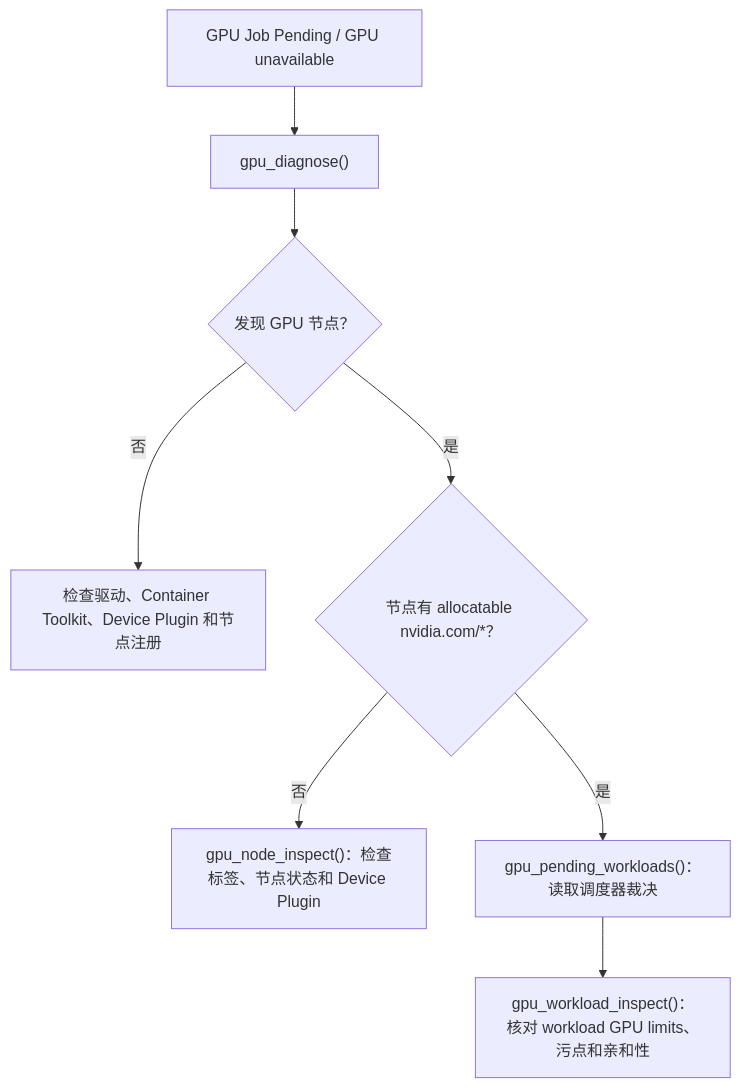
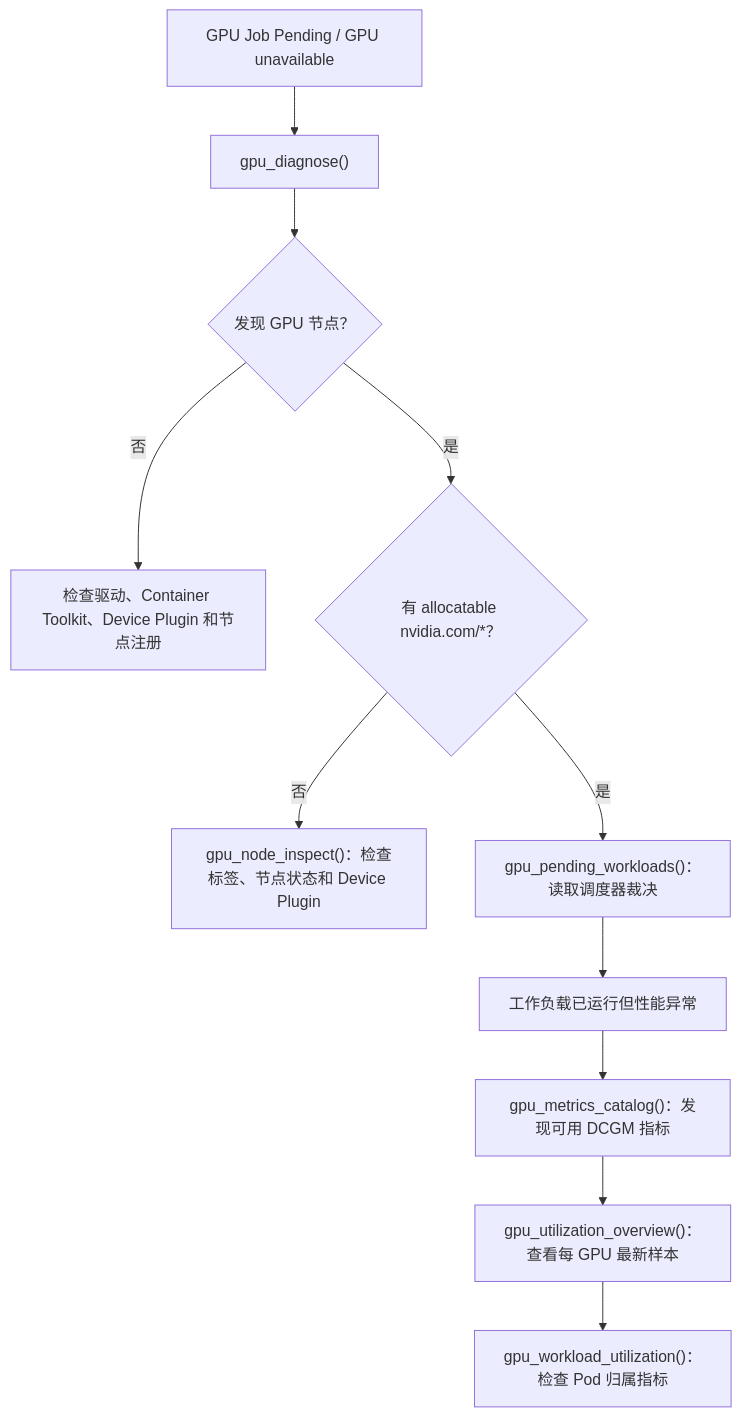
The diagram in docs/gpu.md (bilbilmyc/k8s-mcp), drawn with Mermaid before and after one commit. The commit also changed other lines of this file and 14 other files, not shown here.

Commit message:
feat: add NVIDIA GPU Prometheus metrics

````diff
--- a/docs/gpu.md
+++ b/docs/gpu.md
@@ -88,10 +98,13 @@
 ```mermaid
 flowchart TD
     A["GPU Job Pending / GPU unavailable"] --> B["gpu_diagnose()"]
     B --> C{"发现 GPU 节点？"}
     C -- 否 --> D["检查驱动、Container Toolkit、Device Plugin 和节点注册"]
-    C -- 是 --> E{"节点有 allocatable nvidia.com/*？"}
+    C -- 是 --> E{"有 allocatable nvidia.com/*？"}
     E -- 否 --> F["gpu_node_inspect()：检查标签、节点状态和 Device Plugin"]
     E -- 是 --> G["gpu_pending_workloads()：读取调度器裁决"]
-    G --> H["gpu_workload_inspect()：核对 workload GPU limits、污点和亲和性"]
+    G --> H["工作负载已运行但性能异常"]
+    H --> I["gpu_metrics_catalog()：发现可用 DCGM 指标"]
+    I --> J["gpu_utilization_overview()：查看每 GPU 最新样本"]
+    J --> K["gpu_workload_utilization()：检查 Pod 归属指标"]
 ```
````
